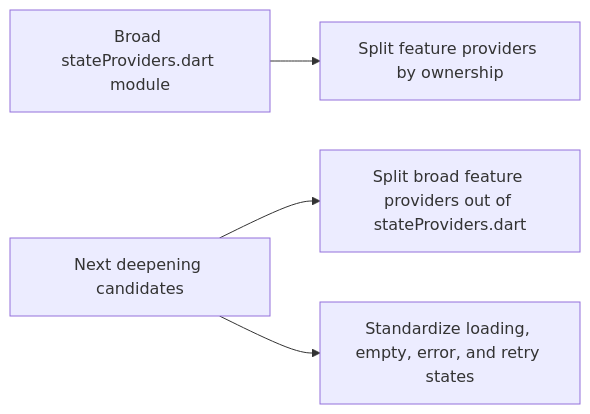
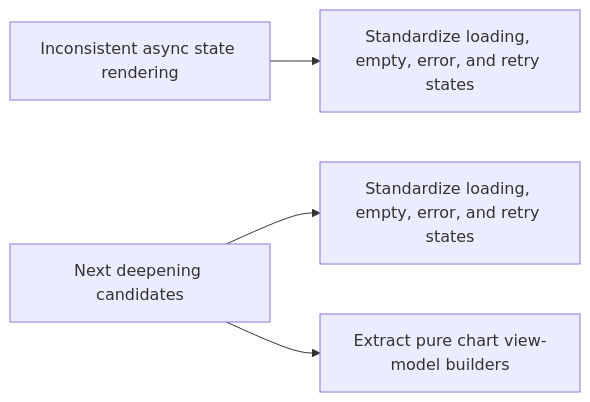
Before and after one commit to Guoyuer/eventTracker: the fifth of 5 diagrams in docs/architecture/module-flow.md, drawn with Mermaid. The commit also changed other lines of this file and 18 other files, not shown here.

Commit message:
Split state providers by feature

````diff
--- a/docs/architecture/module-flow.md
+++ b/docs/architecture/module-flow.md
@@ -122,9 +128,9 @@
 ```mermaid
 flowchart LR
-  ProviderModule["Broad stateProviders.dart module"]
-  ProviderModule --> State["Split feature providers by ownership"]
+  AsyncStates["Inconsistent async state rendering"]
+  AsyncStates --> UI["Standardize loading, empty, error, and retry states"]
 
   Next["Next deepening candidates"]
-  Next --> Providers["Split broad feature providers out of stateProviders.dart"]
   Next --> AsyncState["Standardize loading, empty, error, and retry states"]
+  Next --> ChartViewModels["Extract pure chart view-model builders"]
 ```
````
